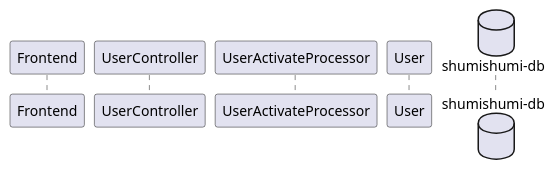
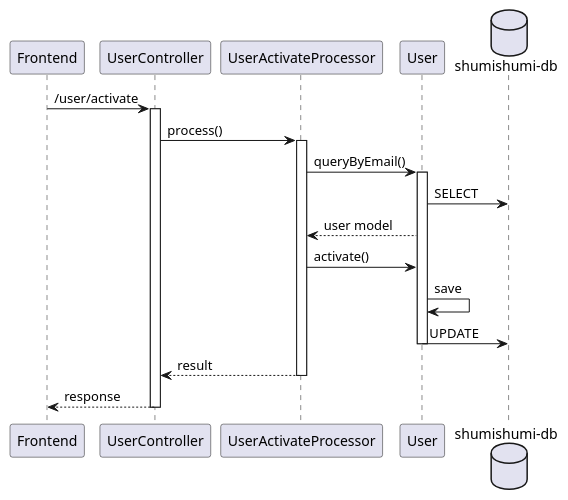
One commit to aldihsuhandi/skripsi-2023 changed the diagram in uml diagram/sequence diagram/BE/user controller/activate.pu. Above: the diagram before and after it, drawn with PlantUML.

Commit message:
progress sequence diagram

```diff
--- a/uml diagram/sequence diagram/BE/user controller/activate.pu
+++ b/uml diagram/sequence diagram/BE/user controller/activate.pu
@@ -1,11 +1,27 @@
 @startuml activate
 participant "Frontend" as fe
 participant "UserController" as uc
 
 participant "UserActivateProcessor" as proc
 
 participant "User" as um
 
 database "shumishumi-db" as db
 
+fe -> uc++ : /user/activate
+uc -> proc++ : process()
+
+proc -> um++ : queryByEmail()
+um -> db : SELECT
+proc <-- um : user model
+
+proc -> um : activate()
+um -> um : save
+um -> db : UPDATE
+
+deactivate um
+
+return result
+return response
+
 @enduml
```
